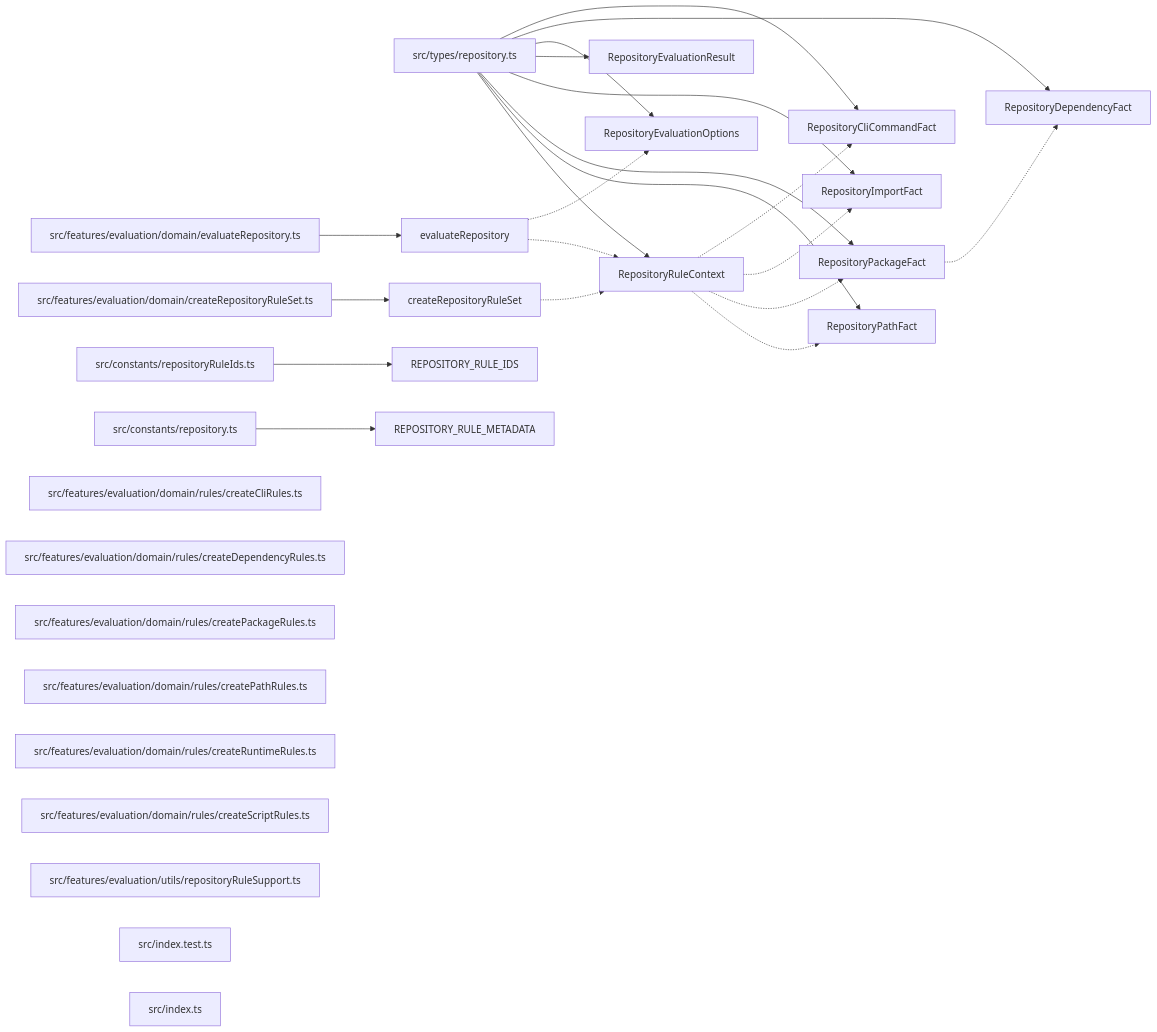
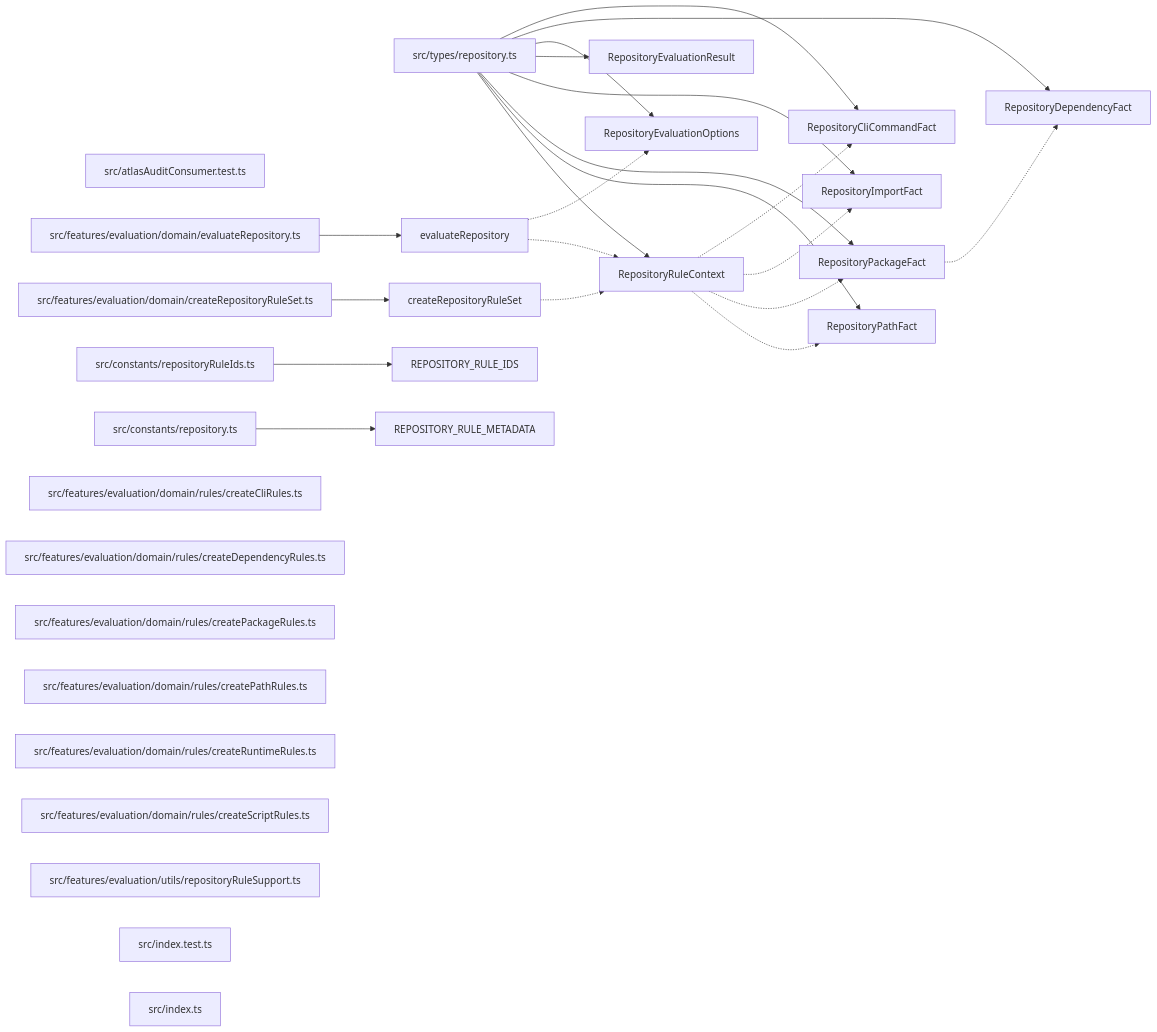
One commit to ankhorage/rules-repository changed the diagram in paradox/diagrams/export-graph.mmd. Above: the diagram before and after it, drawn with Mermaid. The commit also changed 9 other files, not shown here.

```diff
--- a/paradox/diagrams/export-graph.mmd
+++ b/paradox/diagrams/export-graph.mmd
@@ -1,47 +1,48 @@
 graph LR
+  module_src_atlasAuditConsumer_test_ts["src/atlasAuditConsumer.test.ts"]
   module_src_constants_repository_ts["src/constants/repository.ts"]
   module_src_constants_repositoryRuleIds_ts["src/constants/repositoryRuleIds.ts"]
   module_src_features_evaluation_domain_createRepositoryRuleSet_ts["src/features/evaluation/domain/createRepositoryRuleSet.ts"]
   module_src_features_evaluation_domain_evaluateRepository_ts["src/features/evaluation/domain/evaluateRepository.ts"]
   module_src_features_evaluation_domain_rules_createCliRules_ts["src/features/evaluation/domain/rules/createCliRules.ts"]
   module_src_features_evaluation_domain_rules_createDependencyRules_ts["src/features/evaluation/domain/rules/createDependencyRules.ts"]
   module_src_features_evaluation_domain_rules_createPackageRules_ts["src/features/evaluation/domain/rules/createPackageRules.ts"]
   module_src_features_evaluation_domain_rules_createPathRules_ts["src/features/evaluation/domain/rules/createPathRules.ts"]
   module_src_features_evaluation_domain_rules_createRuntimeRules_ts["src/features/evaluation/domain/rules/createRuntimeRules.ts"]
   module_src_features_evaluation_domain_rules_createScriptRules_ts["src/features/evaluation/domain/rules/createScriptRules.ts"]
   module_src_features_evaluation_utils_repositoryRuleSupport_ts["src/features/evaluation/utils/repositoryRuleSupport.ts"]
   module_src_index_test_ts["src/index.test.ts"]
   module_src_index_ts["src/index.ts"]
   module_src_types_repository_ts["src/types/repository.ts"]
   export_createRepositoryRuleSet["createRepositoryRuleSet"]
   module_src_features_evaluation_domain_createRepositoryRuleSet_ts --> export_createRepositoryRuleSet
   export_createRepositoryRuleSet -.-> export_RepositoryRuleContext
   export_evaluateRepository["evaluateRepository"]
   module_src_features_evaluation_domain_evaluateRepository_ts --> export_evaluateRepository
   export_evaluateRepository -.-> export_RepositoryEvaluationOptions
   export_evaluateRepository -.-> export_RepositoryRuleContext
   export_REPOSITORY_RULE_IDS["REPOSITORY_RULE_IDS"]
   module_src_constants_repositoryRuleIds_ts --> export_REPOSITORY_RULE_IDS
   export_REPOSITORY_RULE_METADATA["REPOSITORY_RULE_METADATA"]
   module_src_constants_repository_ts --> export_REPOSITORY_RULE_METADATA
   export_RepositoryCliCommandFact["RepositoryCliCommandFact"]
   module_src_types_repository_ts --> export_RepositoryCliCommandFact
   export_RepositoryDependencyFact["RepositoryDependencyFact"]
   module_src_types_repository_ts --> export_RepositoryDependencyFact
   export_RepositoryEvaluationOptions["RepositoryEvaluationOptions"]
   module_src_types_repository_ts --> export_RepositoryEvaluationOptions
   export_RepositoryEvaluationResult["RepositoryEvaluationResult"]
   module_src_types_repository_ts --> export_RepositoryEvaluationResult
   export_RepositoryImportFact["RepositoryImportFact"]
   module_src_types_repository_ts --> export_RepositoryImportFact
   export_RepositoryPackageFact["RepositoryPackageFact"]
   module_src_types_repository_ts --> export_RepositoryPackageFact
   export_RepositoryPackageFact -.-> export_RepositoryDependencyFact
   export_RepositoryPathFact["RepositoryPathFact"]
   module_src_types_repository_ts --> export_RepositoryPathFact
   export_RepositoryRuleContext["RepositoryRuleContext"]
   module_src_types_repository_ts --> export_RepositoryRuleContext
   export_RepositoryRuleContext -.-> export_RepositoryCliCommandFact
   export_RepositoryRuleContext -.-> export_RepositoryImportFact
   export_RepositoryRuleContext -.-> export_RepositoryPackageFact
   export_RepositoryRuleContext -.-> export_RepositoryPathFact
```
